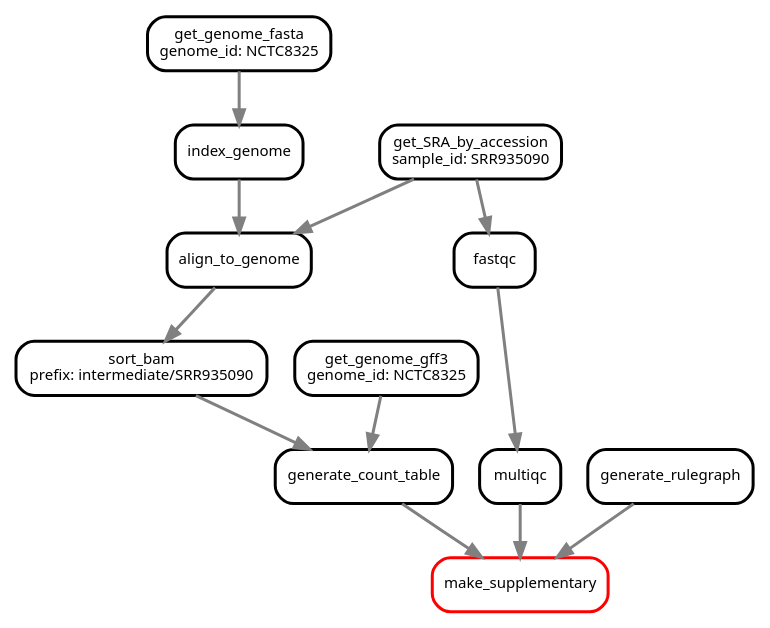
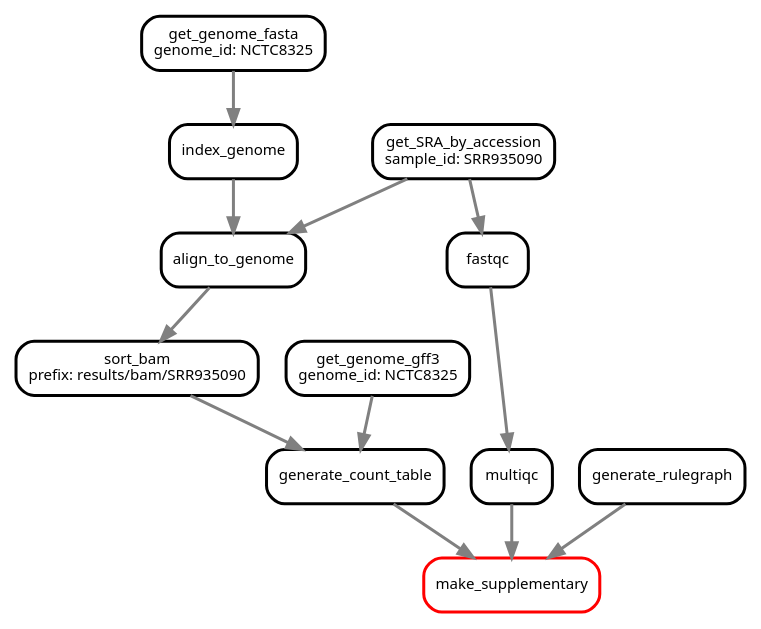
Before and after one commit to NBISweden/workshop-reproducible-research: the tenth of 12 diagrams in lectures/snakemake/snakemake.qmd, drawn with Graphviz. The commit also changed other lines of this file and 12 other files, not shown here.

````diff
--- a/lectures/snakemake/snakemake.qmd
+++ b/lectures/snakemake/snakemake.qmd
@@ -658,29 +658,29 @@
 ```{dot}
 digraph snakemake_dag {
     graph[bgcolor=white, margin=1];
     node[shape=box, style=rounded, fontname=sans,                 fontsize=10, penwidth=2];
     edge[penwidth=2, color=grey];
         0[label = "make_supplementary", color = "red", style="rounded"];
         1[label = "generate_count_table", color = "black", style="rounded"];
-        2[label = "sort_bam\nprefix: intermediate/SRR935090", color = "black", style="rounded"];
+        2[label = "sort_bam\nprefix: results/bam/SRR935090", color = "black", style="rounded"];
         3[label = "align_to_genome", color = "black", style="rounded"];
         4[label = "get_SRA_by_accession\nsample_id: SRR935090", color = "black", style="rounded"];
         5[label = "index_genome", color = "black", style="rounded"];
         6[label = "get_genome_fasta\ngenome_id: NCTC8325", color = "black", style="rounded"];
         7[label = "get_genome_gff3\ngenome_id: NCTC8325", color = "black", style="rounded"];
         8[label = "multiqc", color = "black", style="rounded"];
         9[label = "fastqc", color = "black", style="rounded"];
         10[label = "generate_rulegraph", color = "black", style="rounded"];
         1 -> 0
         8 -> 0
         10 -> 0
         2 -> 1
         7 -> 1
         3 -> 2
         4 -> 3
         5 -> 3
         6 -> 5
         9 -> 8
         4 -> 9
 }
 ```
````
